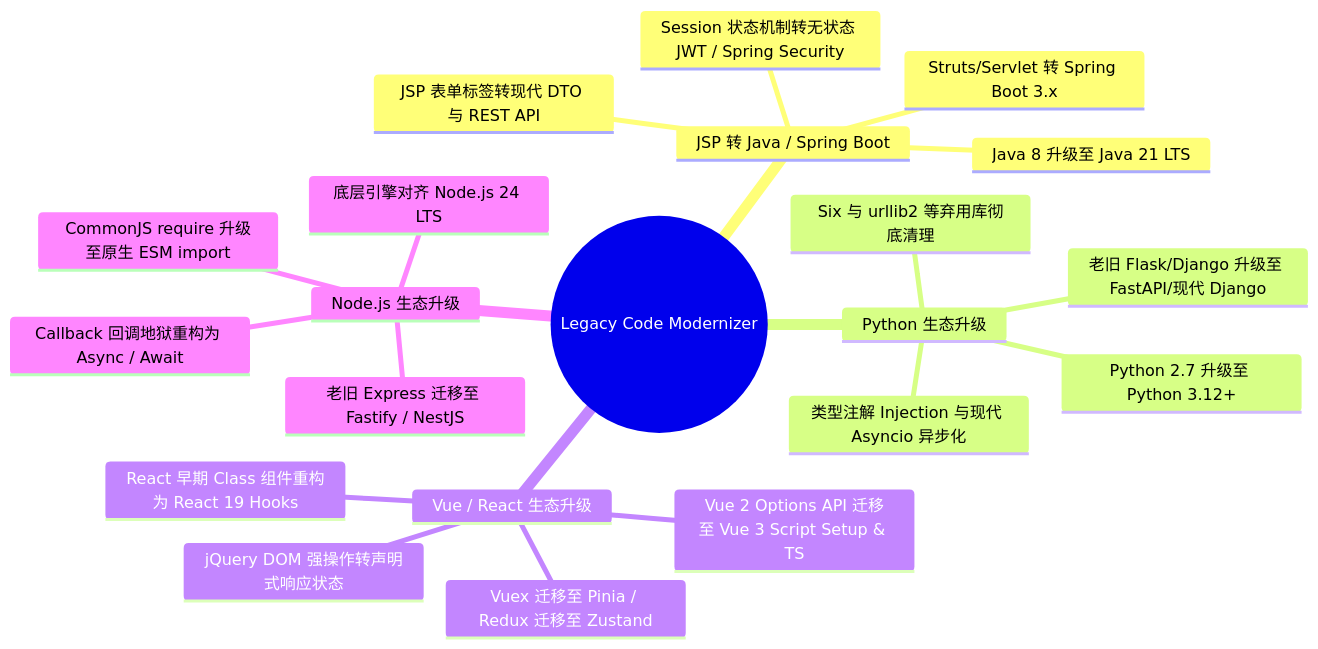
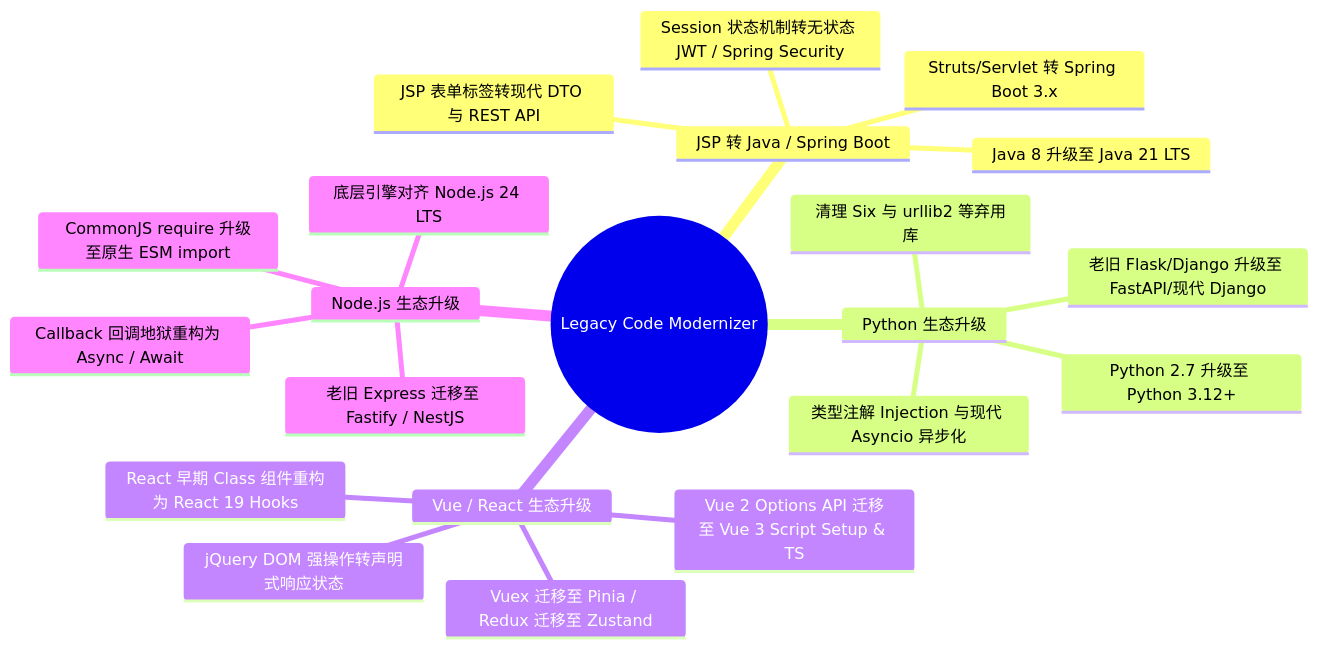
One commit to SakuraCianna/LegacyCodeModernizer changed the first of 4 diagrams in README_zh.md. Above: the diagram before and after it, drawn with Mermaid. The commit also changed other lines of this file and 11 other files, not shown here.

````diff
--- a/README_zh.md
+++ b/README_zh.md
@@ -42,24 +42,24 @@
 ```mermaid
 mindmap
   root((Legacy Code Modernizer))
     JSP 转 Java / Spring Boot
       JSP 表单标签转现代 DTO 与 REST API
       Struts/Servlet 转 Spring Boot 3.x
       Session 状态机制转无状态 JWT / Spring Security
       Java 8 升级至 Java 21 LTS
     Python 生态升级
       Python 2.7 升级至 Python 3.12+
       老旧 Flask/Django 升级至 FastAPI/现代 Django
       类型注解 Injection 与现代 Asyncio 异步化
-      Six 与 urllib2 等弃用库彻底清理
+      清理 Six 与 urllib2 等弃用库
     Vue / React 生态升级
       Vue 2 Options API 迁移至 Vue 3 Script Setup & TS
       React 早期 Class 组件重构为 React 19 Hooks
       jQuery DOM 强操作转声明式响应状态
       Vuex 迁移至 Pinia / Redux 迁移至 Zustand
     Node.js 生态升级
       CommonJS require 升级至原生 ESM import
       Callback 回调地狱重构为 Async / Await
       老旧 Express 迁移至 Fastify / NestJS
       底层引擎对齐 Node.js 24 LTS
 ```
````
